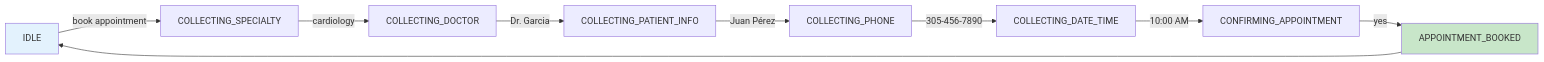
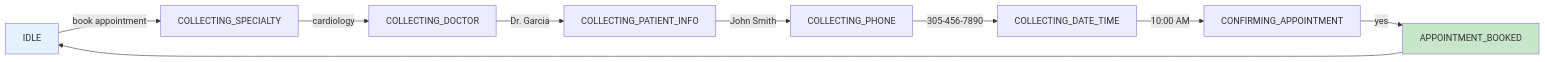
The fifth of 6 diagrams in CHATBOT_DESIGN_FLOW.md (horacefonseca/ped_ass_chatbot), drawn with Mermaid before and after one commit. The commit also changed other lines of this file, not shown here.

````diff
--- a/CHATBOT_DESIGN_FLOW.md
+++ b/CHATBOT_DESIGN_FLOW.md
@@ -231,14 +231,14 @@
 ```mermaid
 graph LR
     A[IDLE] -->|"book appointment"| B[COLLECTING_SPECIALTY]
     B -->|"cardiology"| C[COLLECTING_DOCTOR]
     C -->|"Dr. Garcia"| D[COLLECTING_PATIENT_INFO]
-    D -->|"Juan Pérez"| E[COLLECTING_PHONE]
+    D -->|"John Smith"| E[COLLECTING_PHONE]
     E -->|"305-456-7890"| F[COLLECTING_DATE_TIME]
     F -->|"10:00 AM"| G[CONFIRMING_APPOINTMENT]
     G -->|"yes"| H[APPOINTMENT_BOOKED]
     H --> A
     
     style A fill:#e3f2fd
     style H fill:#c8e6c9
 ```
````
